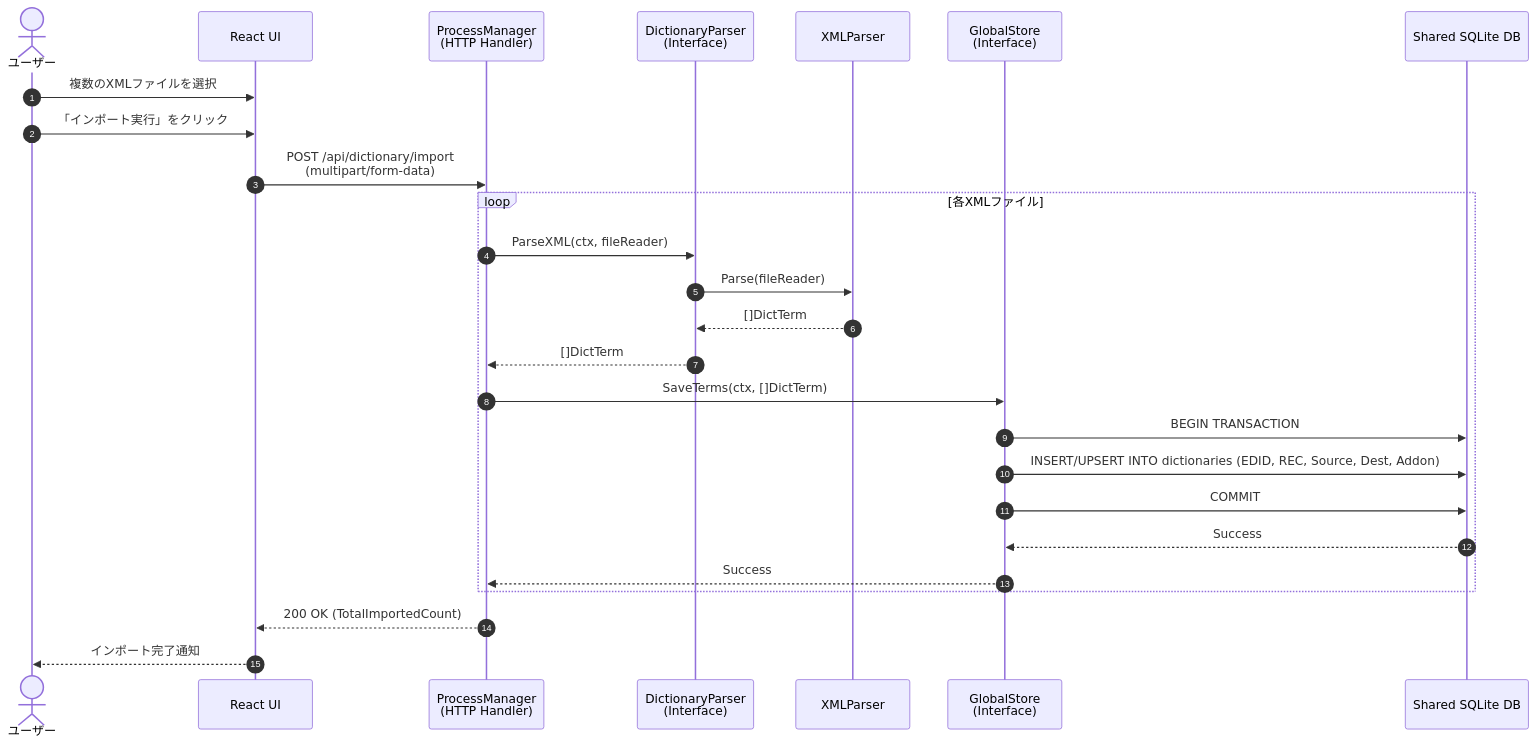
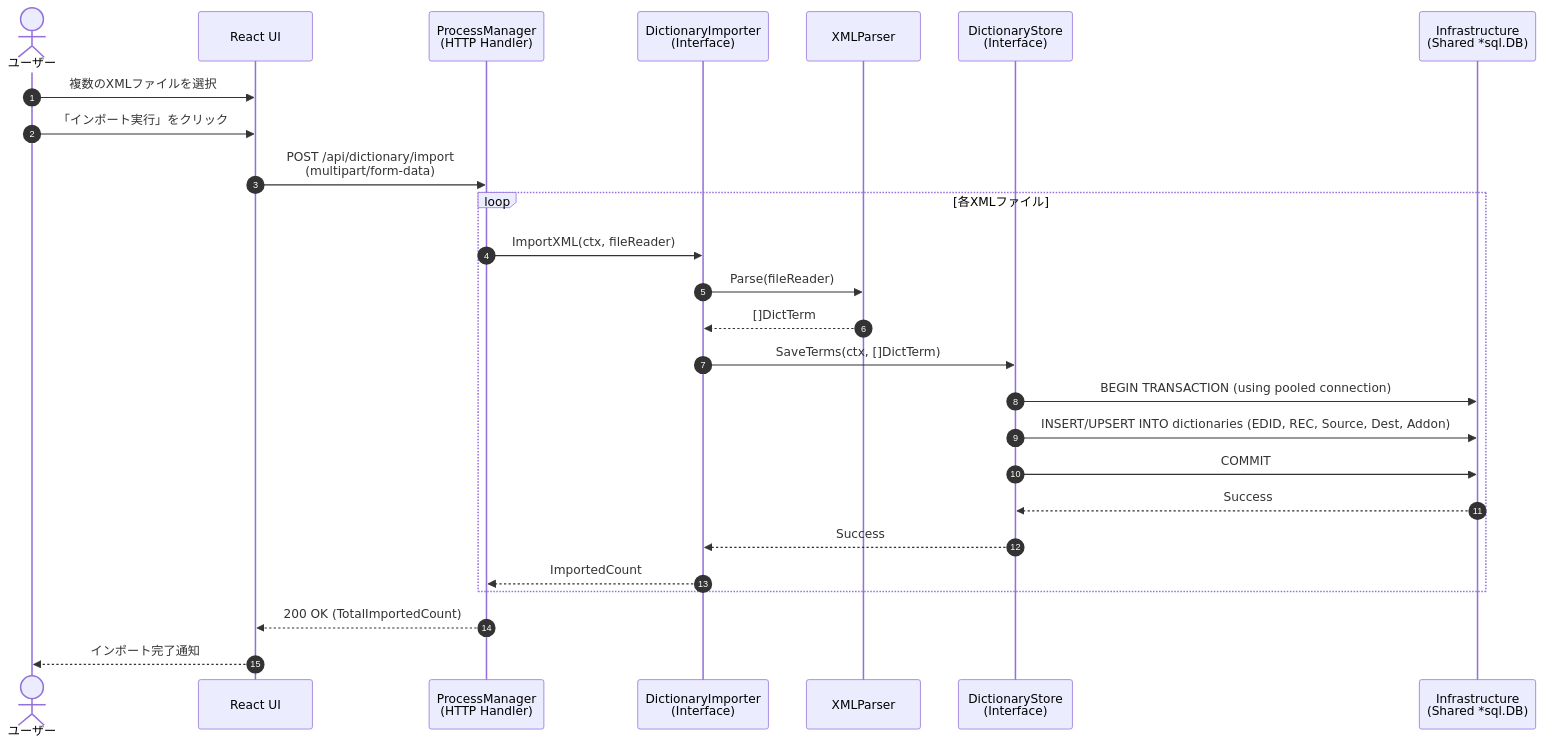
The diagram in openspec/specs/dictionary_builder/dictionary_builder_sequence_diagram.md (ishibata91/ai-translation-engine-2), drawn with Mermaid before and after one commit. The commit also changed 5 other files, not shown here.

````diff
--- a/openspec/specs/dictionary_builder/dictionary_builder_sequence_diagram.md
+++ b/openspec/specs/dictionary_builder/dictionary_builder_sequence_diagram.md
@@ -3,32 +3,32 @@
 ```mermaid
 sequenceDiagram
     autonumber
     actor User as ユーザー
     participant UI as React UI
     participant Handler as ProcessManager<br/>(HTTP Handler)
-    participant Importer as DictionaryParser<br/>(Interface)
+    participant Importer as DictionaryImporter<br/>(Interface)
     participant Parser as XMLParser
-    participant Store as GlobalStore<br/>(Interface)
-    participant DB as Shared SQLite DB
+    participant Store as DictionaryStore<br/>(Interface)
+    participant DB as Infrastructure<br/>(Shared *sql.DB)
 
     User->>UI: 複数のXMLファイルを選択
     User->>UI: 「インポート実行」をクリック
     UI->>Handler: POST /api/dictionary/import<br/>(multipart/form-data)
     
     loop 各XMLファイル
-        Handler->>Importer: ParseXML(ctx, fileReader)
+        Handler->>Importer: ImportXML(ctx, fileReader)
         Importer->>Parser: Parse(fileReader)
         Parser-->>Importer: []DictTerm
-        Importer-->>Handler: []DictTerm
         
-        Handler->>Store: SaveTerms(ctx, []DictTerm)
-        Store->>DB: BEGIN TRANSACTION
+        Importer->>Store: SaveTerms(ctx, []DictTerm)
+        Store->>DB: BEGIN TRANSACTION (using pooled connection)
         Store->>DB: INSERT/UPSERT INTO dictionaries (EDID, REC, Source, Dest, Addon)
         Store->>DB: COMMIT
         DB-->>Store: Success
-        Store-->>Handler: Success
+        Store-->>Importer: Success
+        Importer-->>Handler: ImportedCount
     end
     
     Handler-->>UI: 200 OK (TotalImportedCount)
     UI-->>User: インポート完了通知
 ```
````
